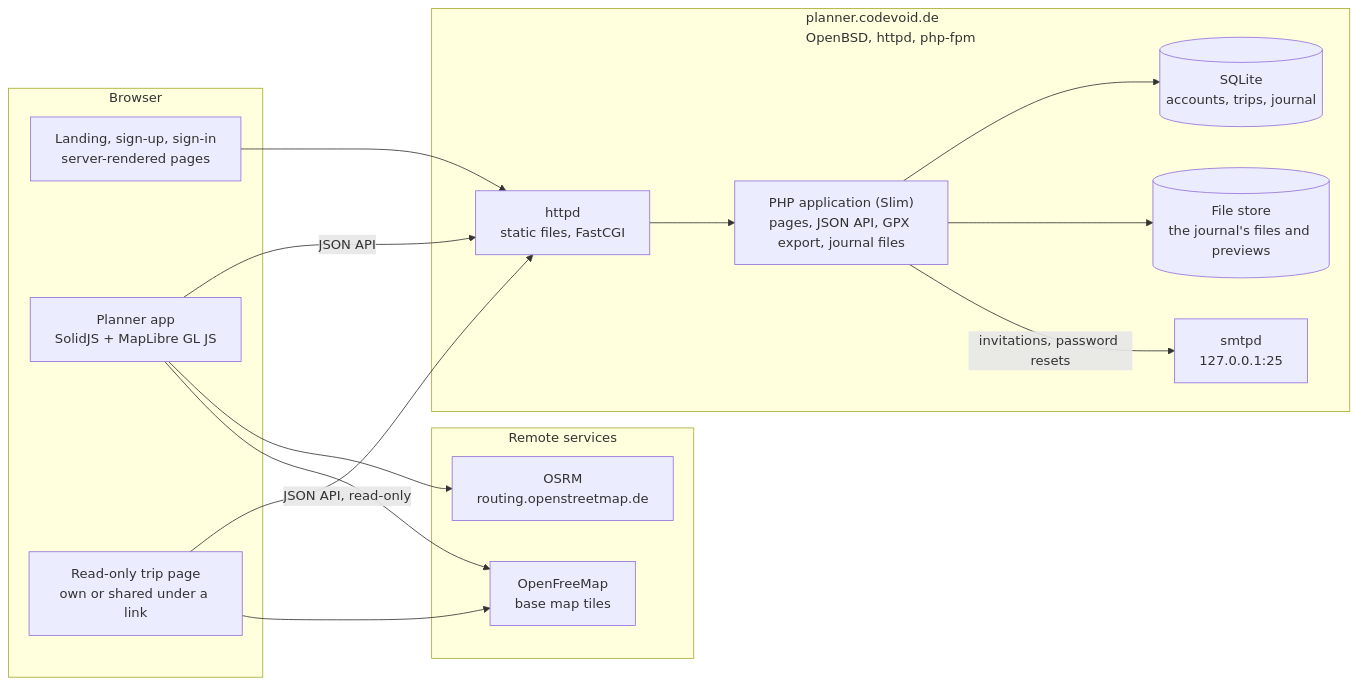
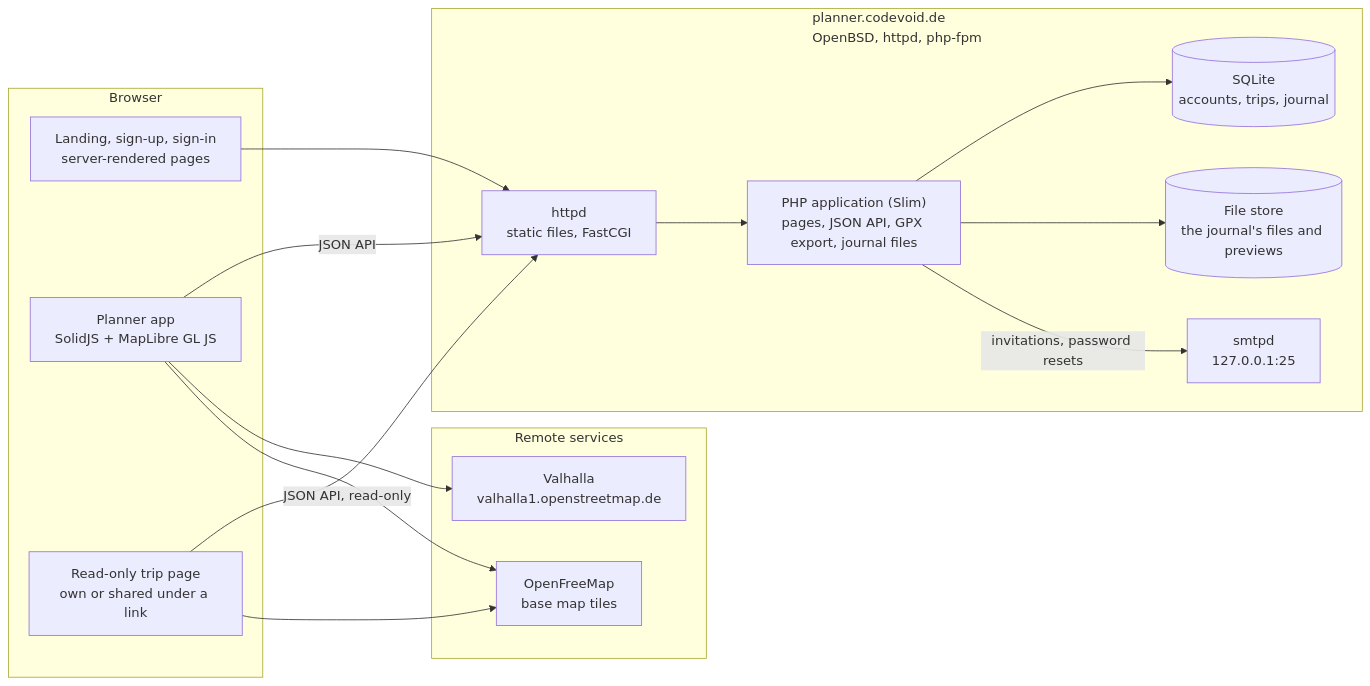
One commit to c0dev0id/TripPlanner changed the first of 3 diagrams in .github/architecture.md. Above: the diagram before and after it, drawn with Mermaid. The commit also changed other lines of this file and 6 other files, not shown here.

````diff
--- a/.github/architecture.md
+++ b/.github/architecture.md
@@ -8,29 +8,29 @@
 ```mermaid
 flowchart LR
   subgraph browser["Browser"]
     pages["Landing, sign-up, sign-in<br/>server-rendered pages"]
     app["Planner app<br/>SolidJS + MapLibre GL JS"]
     view["Read-only trip page<br/>own or shared under a link"]
   end
   subgraph server["planner.codevoid.de<br/>OpenBSD, httpd, php-fpm"]
     httpd["httpd<br/>static files, FastCGI"]
     php["PHP application (Slim)<br/>pages, JSON API, GPX export, journal files"]
     db[("SQLite<br/>accounts, trips, journal")]
     files[("File store<br/>the journal's files and previews")]
     smtpd["smtpd<br/>127.0.0.1:25"]
   end
   subgraph remote["Remote services"]
-    osrm["OSRM<br/>routing.openstreetmap.de"]
+    valhalla["Valhalla<br/>valhalla1.openstreetmap.de"]
     tiles["OpenFreeMap<br/>base map tiles"]
   end
   pages --> httpd
   app -->|JSON API| httpd
   view -->|JSON API, read-only| httpd
   httpd --> php
   php --> db
   php --> files
   php -->|invitations, password resets| smtpd
-  app --> osrm
+  app --> valhalla
   app --> tiles
   view --> tiles
 ```
````
